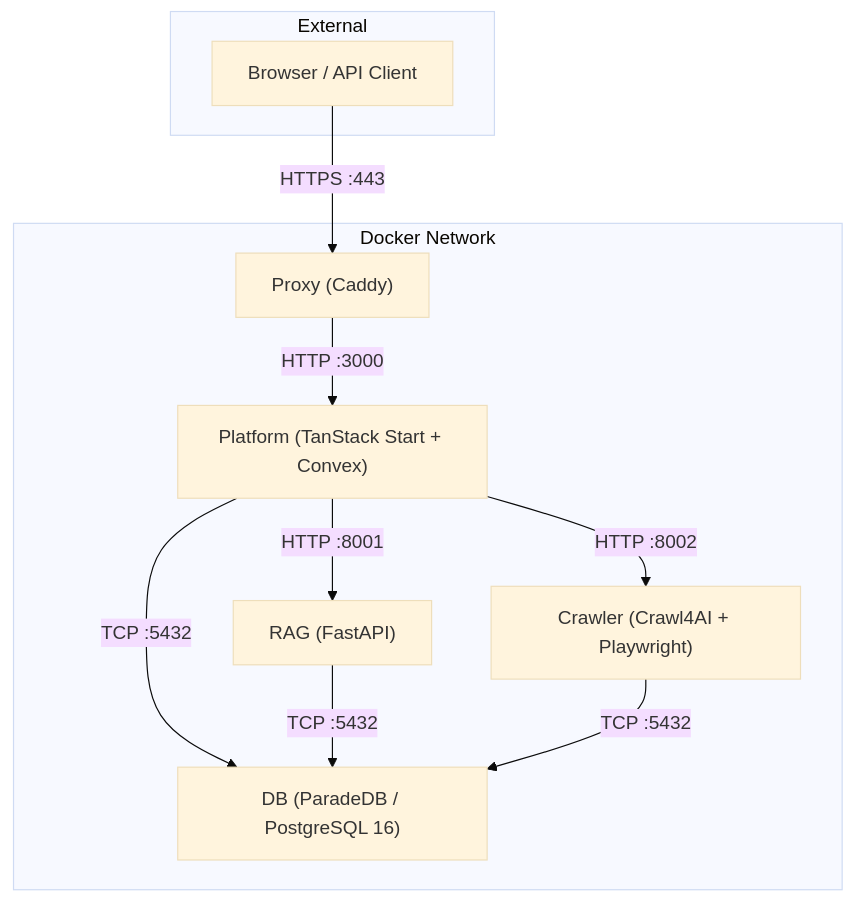
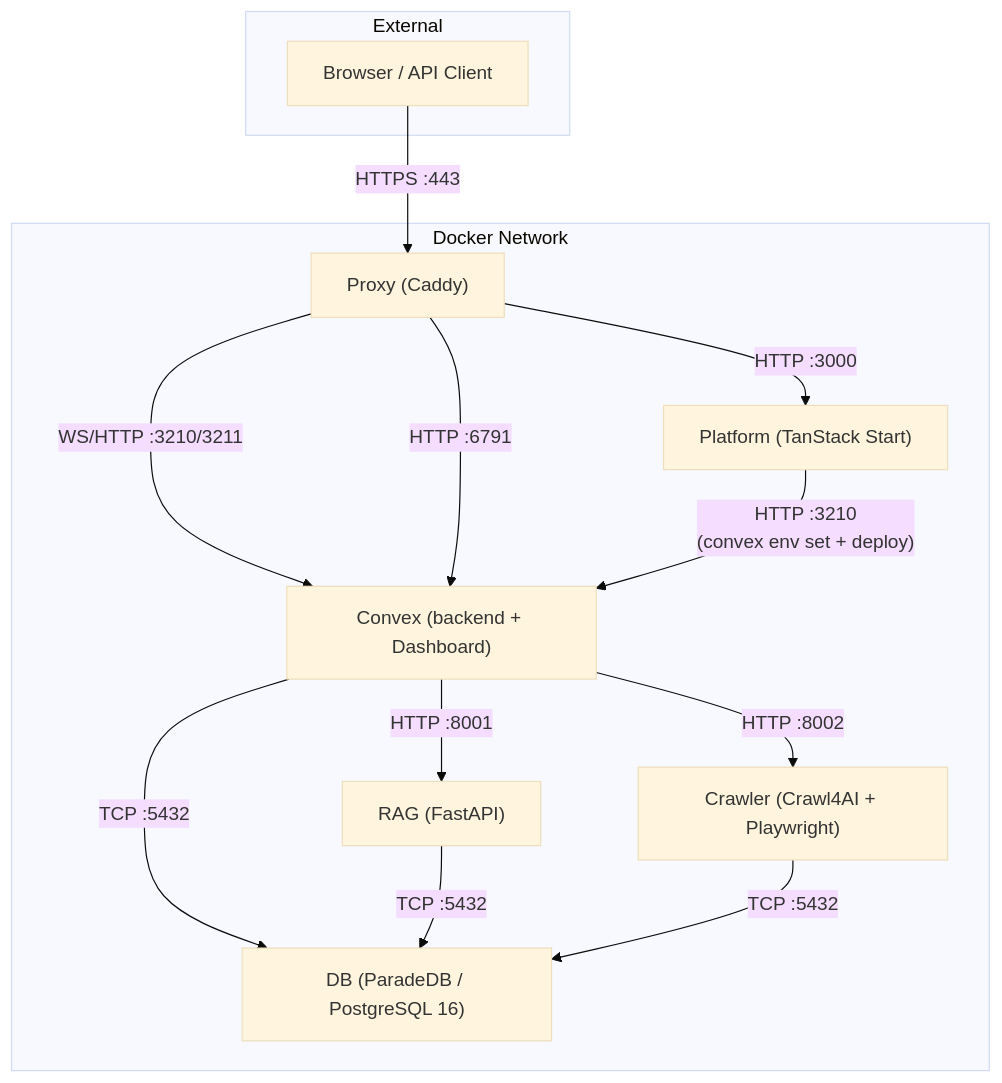
One commit to tale-project/tale changed the diagram in docs/container-architecture.md. Above: the diagram before and after it, drawn with Mermaid (base theme). The commit also changed other lines of this file and 42 other files, not shown here.

Commit message:
refactor: split Convex backend into its own service (#1511)

````diff
--- a/docs/container-architecture.md
+++ b/docs/container-architecture.md
@@ -10,22 +16,26 @@
 ```mermaid
 graph TB
     subgraph External
         Browser["Browser / API Client"]
     end
 
     subgraph Docker Network
         Proxy["Proxy (Caddy)"]
-        Platform["Platform (TanStack Start + Convex)"]
+        Platform["Platform (TanStack Start)"]
+        Convex["Convex (backend + Dashboard)"]
         RAG["RAG (FastAPI)"]
         Crawler["Crawler (Crawl4AI + Playwright)"]
         DB["DB (ParadeDB / PostgreSQL 16)"]
     end
 
     Browser -->|"HTTPS :443"| Proxy
     Proxy -->|"HTTP :3000"| Platform
-    Platform -->|"HTTP :8001"| RAG
-    Platform -->|"HTTP :8002"| Crawler
-    Platform -->|"TCP :5432"| DB
+    Proxy -->|"WS/HTTP :3210/3211"| Convex
+    Proxy -->|"HTTP :6791"| Convex
+    Platform -->|"HTTP :3210<br/>(convex env set + deploy)"| Convex
+    Convex -->|"TCP :5432"| DB
+    Convex -->|"HTTP :8001"| RAG
+    Convex -->|"HTTP :8002"| Crawler
     RAG -->|"TCP :5432"| DB
     Crawler -->|"TCP :5432"| DB
 ```
````
